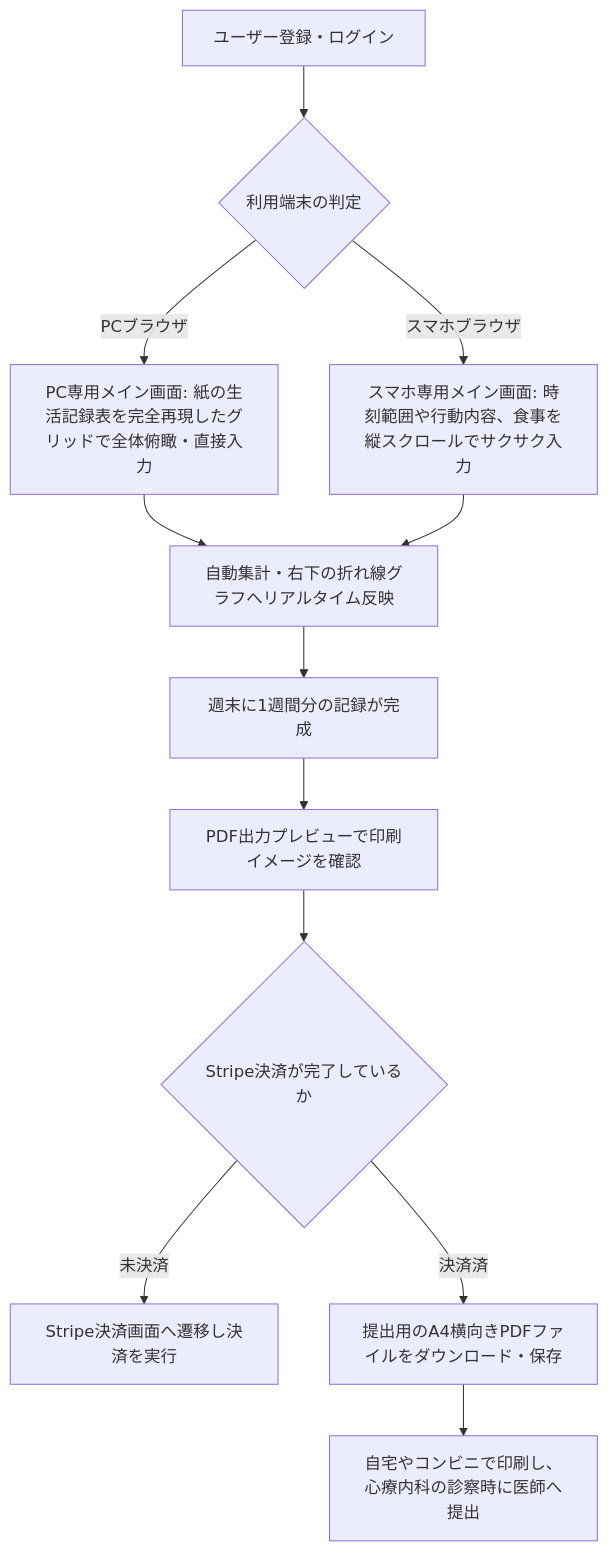
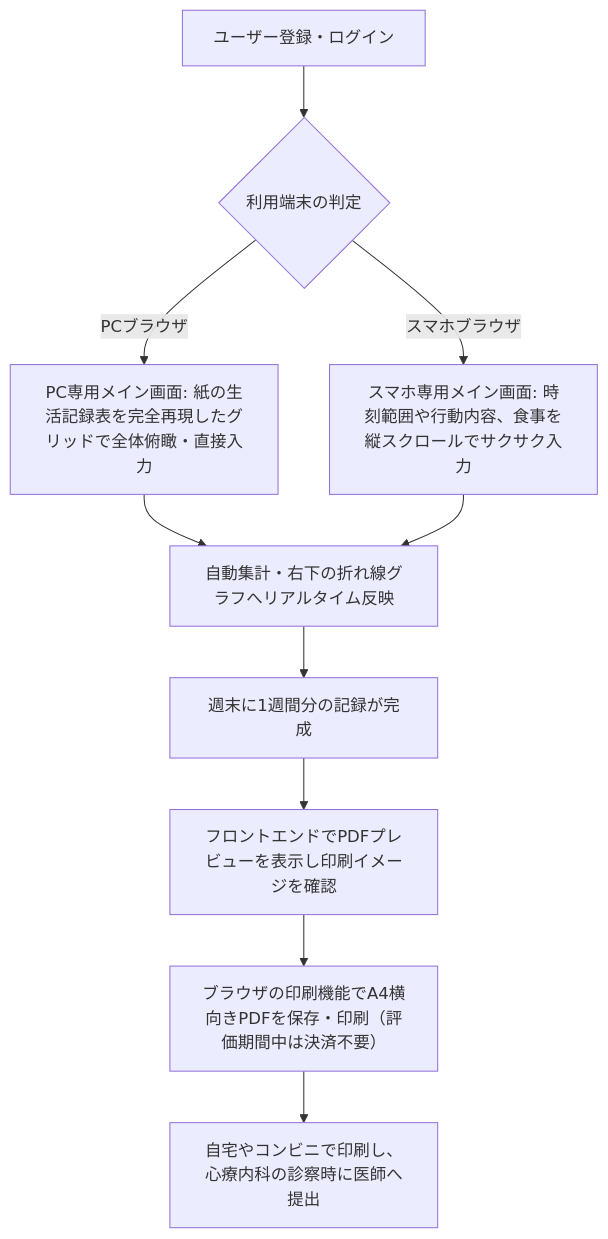
One commit to fm5889rx/repace-app changed the diagram in docs/要件定義書.md. Above: the diagram before and after it, drawn with Mermaid. The commit also changed other lines of this file and 5 other files, not shown here.

````diff
--- a/docs/要件定義書.md
+++ b/docs/要件定義書.md
@@ -72,14 +72,12 @@
 ```mermaid
 flowchart TD
     A[ユーザー登録・ログイン] --> B{利用端末の判定}
     B -- PCブラウザ --> C[PC専用メイン画面: 紙の生活記録表を完全再現したグリッドで全体俯瞰・直接入力]
     B -- スマホブラウザ --> D[スマホ専用メイン画面: 時刻範囲や行動内容、食事を縦スクロールでサクサク入力]
     C --> E[自動集計・右下の折れ線グラフへリアルタイム反映]
     D --> E
     E --> F[週末に1週間分の記録が完成]
-    F --> G[PDF出力プレビューで印刷イメージを確認]
-    G --> H{Stripe決済が完了しているか}
-    H -- 未決済 --> I[Stripe決済画面へ遷移し決済を実行]
-    H -- 決済済 --> J[提出用のA4横向きPDFファイルをダウンロード・保存]
+    F --> G[フロントエンドでPDFプレビューを表示し印刷イメージを確認]
+    G --> J[ブラウザの印刷機能でA4横向きPDFを保存・印刷（評価期間中は決済不要）]
     J --> K[自宅やコンビニで印刷し、心療内科の診察時に医師へ提出]
 ```
````
